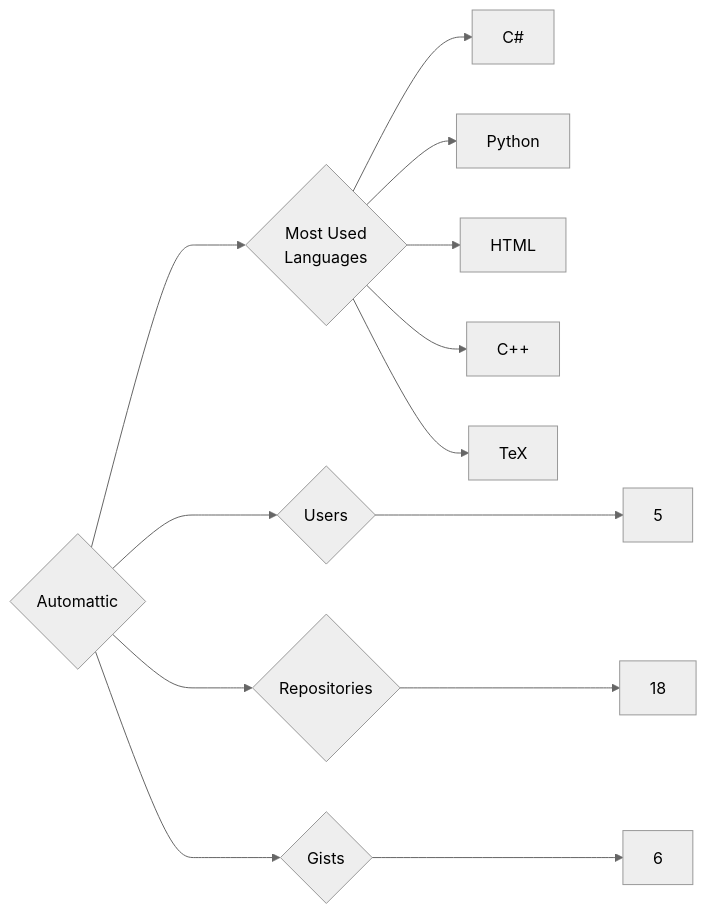
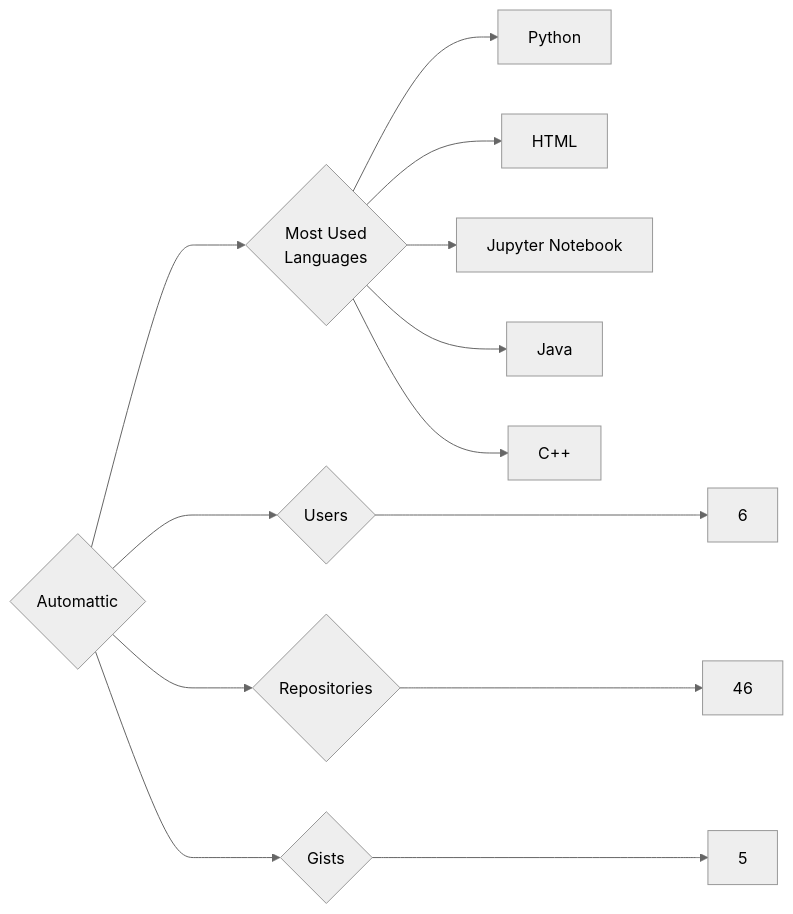
One commit to trickest/insiders changed the diagram in targets/Automattic/README.md. Above: the diagram before and after it, drawn with Mermaid (neutral theme). The commit also changed 988 other files, not shown here.

````diff
--- a/targets/Automattic/README.md
+++ b/targets/Automattic/README.md
@@ -3,13 +3,13 @@
 ```mermaid
 graph LR
 COMPANY_NAME{Automattic}
-COMPANY_NAME ---> U{Users} ---> UN[5]
-COMPANY_NAME ---> R{Repositories} ---> RN[18]
-COMPANY_NAME ---> G{Gists} ---> GN[6]
+COMPANY_NAME ---> U{Users} ---> UN[6]
+COMPANY_NAME ---> R{Repositories} ---> RN[46]
+COMPANY_NAME ---> G{Gists} ---> GN[5]
 COMPANY_NAME ---> ML{Most Used<br>Languages}
-ML --> C#[C#]
 ML --> Python[Python]
 ML --> HTML[HTML]
+ML --> Jupyter_Notebook[Jupyter Notebook]
+ML --> Java[Java]
 ML --> C++[C++]
-ML --> TeX[TeX]
 ```
````
